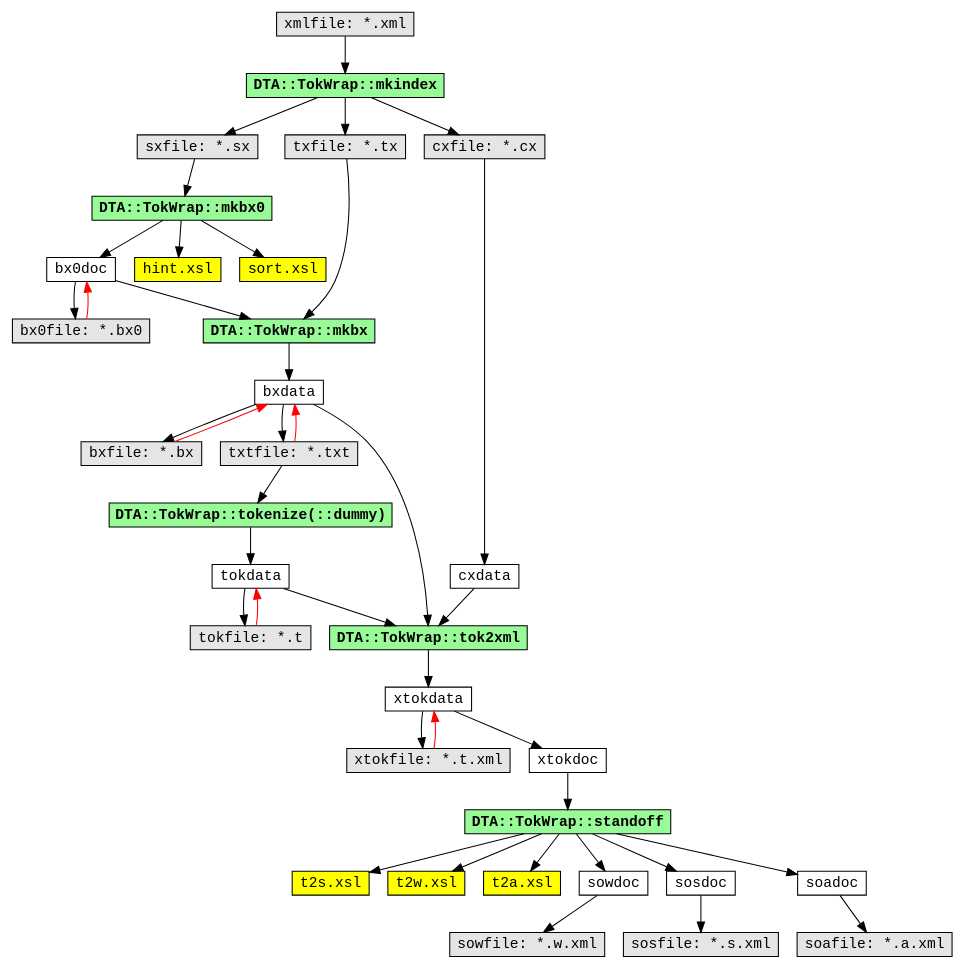
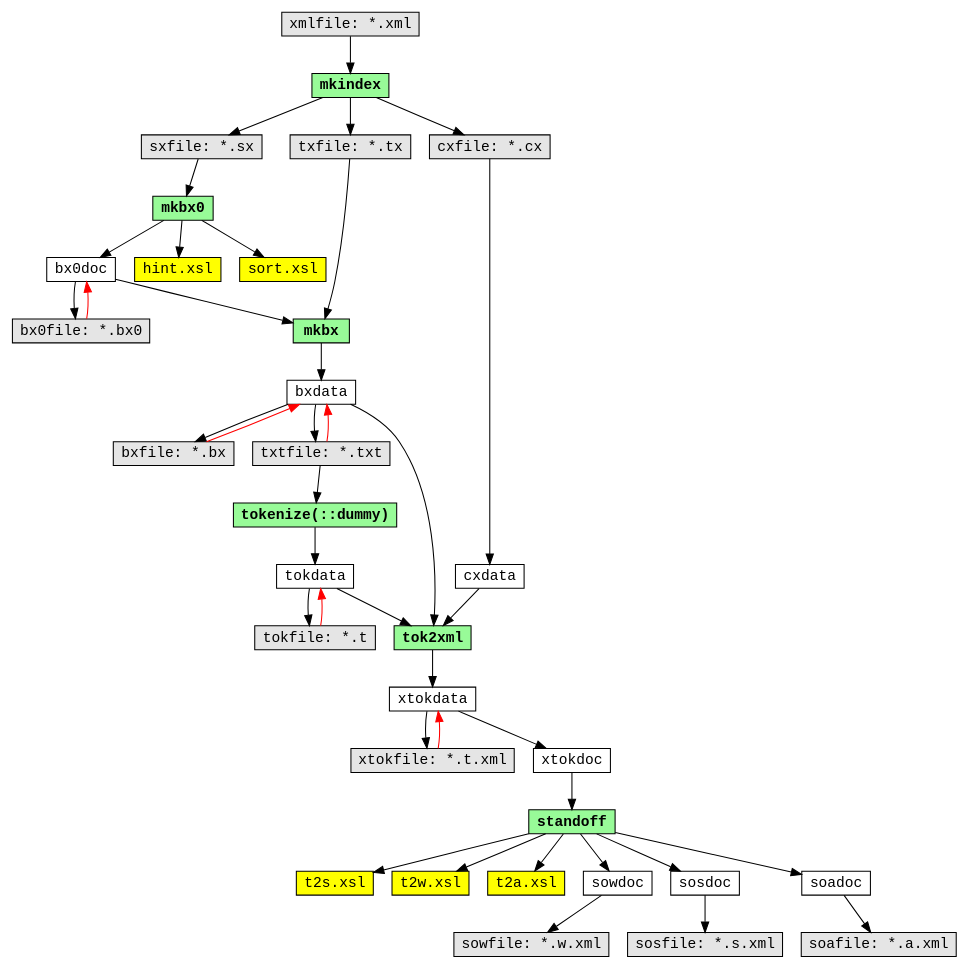
The diagram in doc/dot/dataflow-perl.dot (moocow-the-bovine/dta-tokwrap), drawn with Graphviz before and after one commit.

Commit message:
+ updated dataflow-perl.dot

```diff
--- a/doc/dot/dataflow-perl.dot
+++ b/doc/dot/dataflow-perl.dot
@@ -1,101 +1,101 @@
 /* -*- Mode: C -*- */
 digraph dataflow {
   node [shape=rectangle,height=0.25,fontname="Courier"];
   edge [decorate=0,fontname="Courier"];
 
   xml [label="xmlfile: *.xml",shape=rectangle,style=filled,fillcolor=grey90];
 
-  mkindex [label="DTA::TokWrap::mkindex",shape=rectangle,style=filled,fillcolor=PaleGreen,fontname="Courier-Bold"];
+  mkindex [label="mkindex",shape=rectangle,style=filled,fillcolor=PaleGreen,fontname="Courier-Bold"];
   xml -> mkindex;
 
   sxfile [label="sxfile: *.sx",shape=rectangle,style=filled,fillcolor=grey90];
   txfile [label="txfile: *.tx",shape=rectangle,style=filled,fillcolor=grey90];
   cxfile [label="cxfile: *.cx",shape=rectangle,style=filled,fillcolor=grey90];
   mkindex -> cxfile;
   mkindex -> sxfile;
   mkindex -> txfile;
   {rank=same; cxfile sxfile txfile}
 
   cxdata [label="cxdata"];
   cxfile -> cxdata;
 
   bx0doc [label="bx0doc"];
-  mkbx0 [label="DTA::TokWrap::mkbx0",shape=rectangle,style=filled,fillcolor=PaleGreen,fontname="Courier-Bold"];
+  mkbx0 [label="mkbx0",shape=rectangle,style=filled,fillcolor=PaleGreen,fontname="Courier-Bold"];
   sxfile -> mkbx0;
   mkbx0 -> bx0doc;
 
   hint_xsl [label="hint.xsl",shape=rectangle,style=filled,fillcolor=yellow];
   sort_xsl [label="sort.xsl",shape=rectangle,style=filled,fillcolor=yellow];
   mkbx0 -> hint_xsl;
   mkbx0 -> sort_xsl;
   
   bx0file [label="bx0file: *.bx0",shape=rectangle,style=filled,fillcolor=grey90];
   bx0doc -> bx0file;
   bx0file -> bx0doc [color=red];
 
   bxdata [label="bxdata"];
-  mkbx [label="DTA::TokWrap::mkbx",shape=rectangle,style=filled,fillcolor=PaleGreen,fontname="Courier-Bold"];
+  mkbx [label="mkbx",shape=rectangle,style=filled,fillcolor=PaleGreen,fontname="Courier-Bold"];
   bx0doc -> mkbx;
   txfile -> mkbx;
   mkbx -> bxdata;
   //{rank=same; bxdata txtfile;}
   //{rank=same; mkbx bxfile;}
 
   bxfile [label="bxfile: *.bx",shape=rectangle,style=filled,fillcolor=grey90];
   txtfile [label="txtfile: *.txt",shape=rectangle,style=filled,fillcolor=grey90];
   bxdata -> bxfile;
   bxdata -> txtfile;
   bxfile -> bxdata [color=red];
   txtfile -> bxdata [color=red];
   //{rank=same; bxfile txtfile}
 
   tokdata [label="tokdata"];
-  tokenize [label="DTA::TokWrap::tokenize(::dummy)",shape=rectangle,style=filled,fillcolor=PaleGreen,fontname="Courier-Bold",justify="left"];
+  tokenize [label="tokenize(::dummy)",shape=rectangle,style=filled,fillcolor=PaleGreen,fontname="Courier-Bold",justify="left"];
   txtfile -> tokenize;
   tokenize -> tokdata;
 
   tokfile [label="tokfile: *.t",shape=rectangle,style=filled,fillcolor=grey90];
   tokdata -> tokfile;
   tokfile -> tokdata [color=red];
   //{rank=same; tokdata tokfile;}
 
   xtokdata [label="xtokdata"];
   xtokfile [label="xtokfile: *.t.xml",shape=rectangle,style=filled,fillcolor=grey90];
   xtokdoc  [label="xtokdoc"];
   xtokdata -> xtokfile;
   xtokfile -> xtokdata [color=red];
   xtokdata -> xtokdoc;
   //{rank=same; xtokdata xtokfile;}
 
-  tok2xml [label="DTA::TokWrap::tok2xml",shape=rectangle,style=filled,fillcolor=PaleGreen,fontname="Courier-Bold"];
+  tok2xml [label="tok2xml",shape=rectangle,style=filled,fillcolor=PaleGreen,fontname="Courier-Bold"];
   tokdata -> tok2xml;
   bxdata  -> tok2xml;
   cxdata  -> tok2xml;
   tok2xml -> xtokdata;
   {rank=same; cxdata tokdata};
 
-  standoff [label="DTA::TokWrap::standoff",shape=rectangle,style=filled,fillcolor=PaleGreen,fontname="Courier-Bold"];
+  standoff [label="standoff",shape=rectangle,style=filled,fillcolor=PaleGreen,fontname="Courier-Bold"];
   xtokdoc -> standoff;
 
   t2s_xsl [label="t2s.xsl",shape=rectangle,style=filled,fillcolor=yellow];
   t2w_xsl [label="t2w.xsl",shape=rectangle,style=filled,fillcolor=yellow];
   t2a_xsl [label="t2a.xsl",shape=rectangle,style=filled,fillcolor=yellow];
   standoff -> t2s_xsl;
   standoff -> t2w_xsl;
   standoff -> t2a_xsl;
 
   sowdoc [label="sowdoc"];
   standoff -> sowdoc;
   sowfile [label="sowfile: *.w.xml",shape=rectangle,style=filled,fillcolor=grey90];
   sowdoc -> sowfile;
   
   sosdoc [label="sosdoc"];
   standoff -> sosdoc;
   sosfile [label="sosfile: *.s.xml",shape=rectangle,style=filled,fillcolor=grey90];
   sosdoc -> sosfile;
 
   soadoc [label="soadoc"];
   standoff -> soadoc;
   soafile [label="soafile: *.a.xml",shape=rectangle,style=filled,fillcolor=grey90];
   soadoc -> soafile;
 }
```
